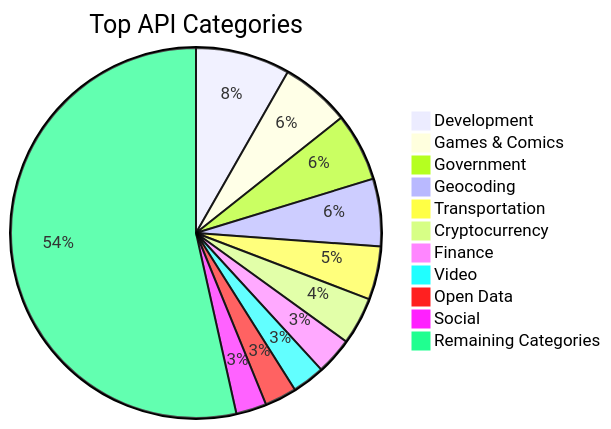
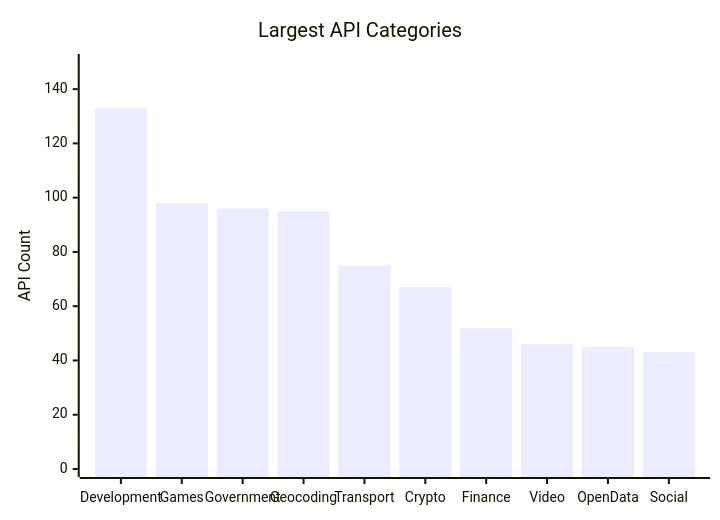
One commit to udaysharmadev/Free-Api changed the fifth of 6 diagrams in README.md. Above: the diagram before and after it, drawn with Mermaid. The commit also changed other lines of this file, not shown here.

````diff
--- a/README.md
+++ b/README.md
@@ -2076,15 +2143,7 @@
 ```mermaid
-pie
-title Top API Categories
-"Development" : 133
-"Games & Comics" : 98
-"Government" : 96
-"Geocoding" : 95
-"Transportation" : 75
-"Cryptocurrency" : 67
-"Finance" : 52
-"Video" : 46
-"Open Data" : 45
-"Social" : 43
-"Remaining Categories" : 863
+xychart-beta
+title "Largest API Categories"
+x-axis [Development, Games, Government, Geocoding, Transport, Crypto, Finance, Video, OpenData, Social]
+y-axis "API Count" 0 --> 150
+bar [133, 98, 96, 95, 75, 67, 52, 46, 45, 43]
 ```
````
